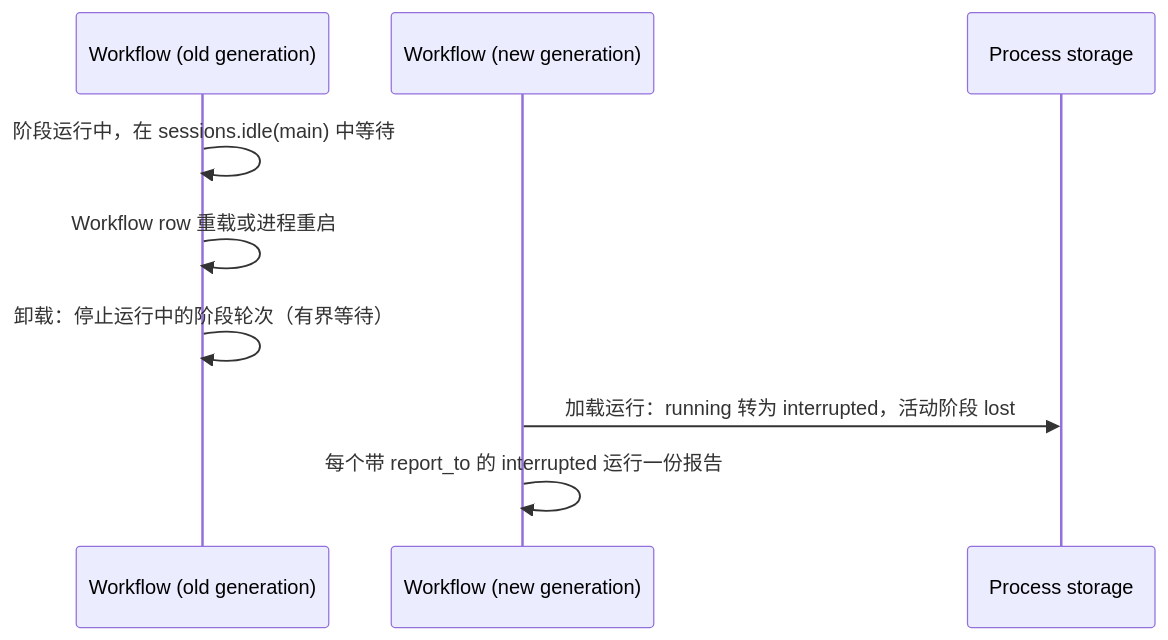
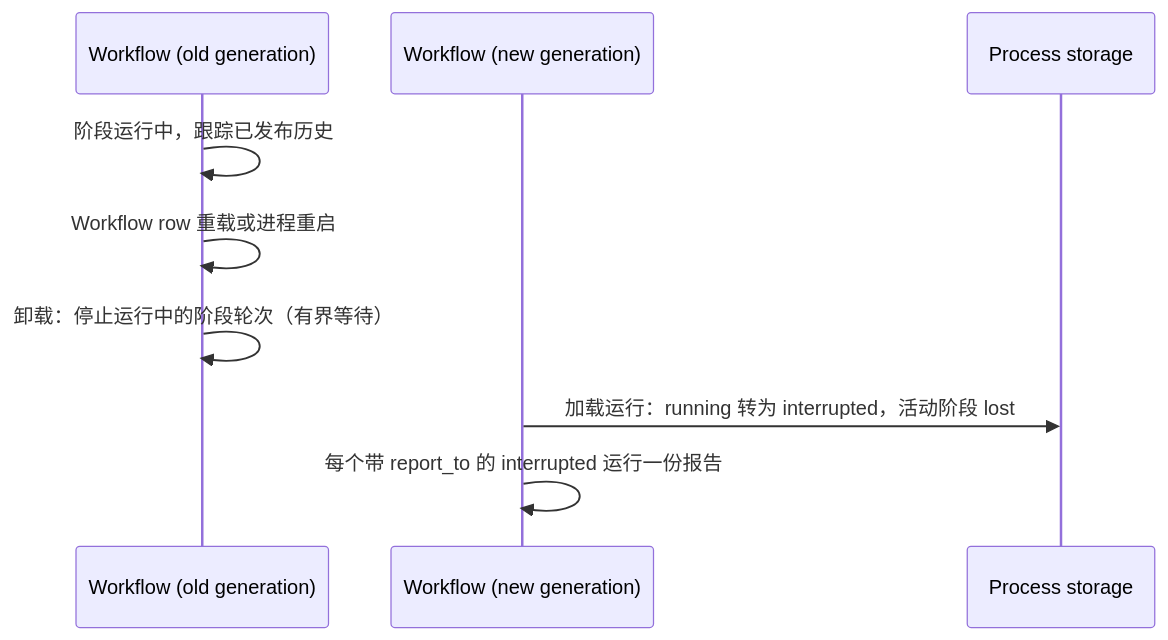
The sixth of 6 diagrams in docs/zh/design/plugins/Workflow.md (CoutinhoTTS/dim-agent), drawn with Mermaid before and after one commit. The commit also changed other lines of this file and 3 other files, not shown here.

````diff
--- a/docs/zh/design/plugins/Workflow.md
+++ b/docs/zh/design/plugins/Workflow.md
@@ -178,11 +184,11 @@
 ```mermaid
 sequenceDiagram
   participant WF as Workflow (old generation)
   participant WF2 as Workflow (new generation)
   participant ST as Process storage
-  WF->>WF: 阶段运行中，在 sessions.idle(main) 中等待
+  WF->>WF: 阶段运行中，跟踪已发布历史
   WF->>WF: Workflow row 重载或进程重启
   WF->>WF: 卸载：停止运行中的阶段轮次（有界等待）
   WF2->>ST: 加载运行：running 转为 interrupted，活动阶段 lost
   WF2->>WF2: 每个带 report_to 的 interrupted 运行一份报告
 ```
````
